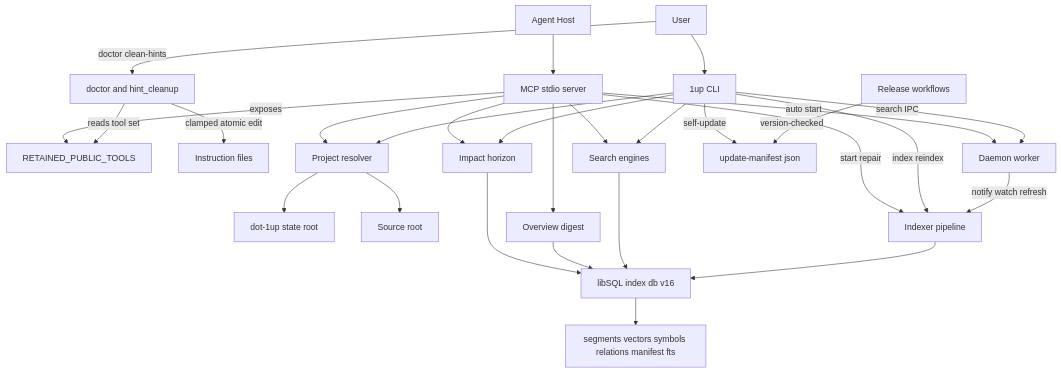
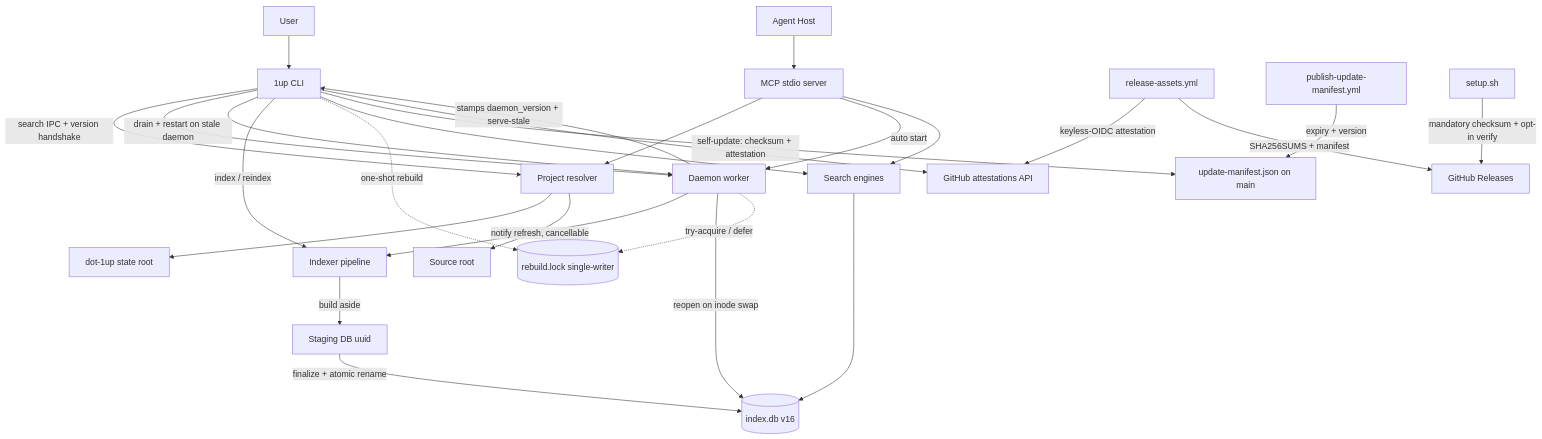
Before and after one commit to rp1-run/1up: the diagram in .rp1/context/architecture.md, drawn with Mermaid. The commit also changed other lines of this file and 7 other files, not shown here.

First line of the commit message:
ci: stop manifest-only pushes from cancelling release CI (+ KB refresh) (#69)

````diff
--- a/.rp1/context/architecture.md
+++ b/.rp1/context/architecture.md
@@ -31,30 +73,29 @@
 ```mermaid
 graph TB
     User[User] --> CLI[1up CLI]
     Host[Agent Host] --> MCP[MCP stdio server]
-    User -->|doctor clean-hints| Doctor[doctor and hint_cleanup]
-    Doctor -->|reads tool set| Retained[RETAINED_PUBLIC_TOOLS]
-    MCP -->|exposes| Retained
-    Doctor -->|clamped atomic edit| Instr[Instruction files]
     CLI --> Project[Project resolver]
     MCP --> Project
     Project --> State[dot-1up state root]
     Project --> Source[Source root]
-    CLI -->|search IPC| Daemon[Daemon worker]
+    CLI -->|search IPC + version handshake| Daemon[Daemon worker]
+    Daemon -->|stamps daemon_version + serve-stale| CLI
+    CLI -->|drain + restart on stale daemon| Daemon
     MCP -->|auto start| Daemon
-    Daemon -->|notify watch refresh| Indexer[Indexer pipeline]
-    CLI -->|index reindex| Indexer
-    MCP -->|start repair| Indexer
-    Indexer --> Storage[libSQL index db v16]
-    CLI --> Search[Search engines]
+    Daemon -->|notify refresh, cancellable| Indexer[Indexer pipeline]
+    CLI -->|index / reindex| Indexer
+    Indexer -->|build aside| Staging[Staging DB uuid]
+    Staging -->|finalize + atomic rename| Storage[(index.db v16)]
+    Daemon -->|reopen on inode swap| Storage
+    CLI -. one-shot rebuild .-> Lock[(rebuild.lock single-writer)]
+    Daemon -. try-acquire / defer .-> Lock
+    Search[Search engines] --> Storage
+    CLI --> Search
     MCP --> Search
-    MCP --> Overview[Overview digest]
-    Search --> Storage
-    Overview --> Storage
-    CLI --> Impact[Impact horizon]
-    MCP --> Impact
-    Impact --> Storage
-    Storage --> Tables[segments vectors symbols relations manifest fts]
-    Release[Release workflows] -->|version-checked| Manifest[update-manifest json]
-    CLI -->|self-update| Manifest
+    Release[release-assets.yml] -->|keyless-OIDC attestation| Attest[GitHub attestations API]
+    Release -->|SHA256SUMS + manifest| GHR[GitHub Releases]
+    Publish[publish-update-manifest.yml] -->|expiry + version| Manifest[update-manifest.json on main]
+    CLI -->|self-update: checksum + attestation| Manifest
+    CLI --> Attest
+    Setup[setup.sh] -->|mandatory checksum + opt-in verify| GHR
 ```
````
